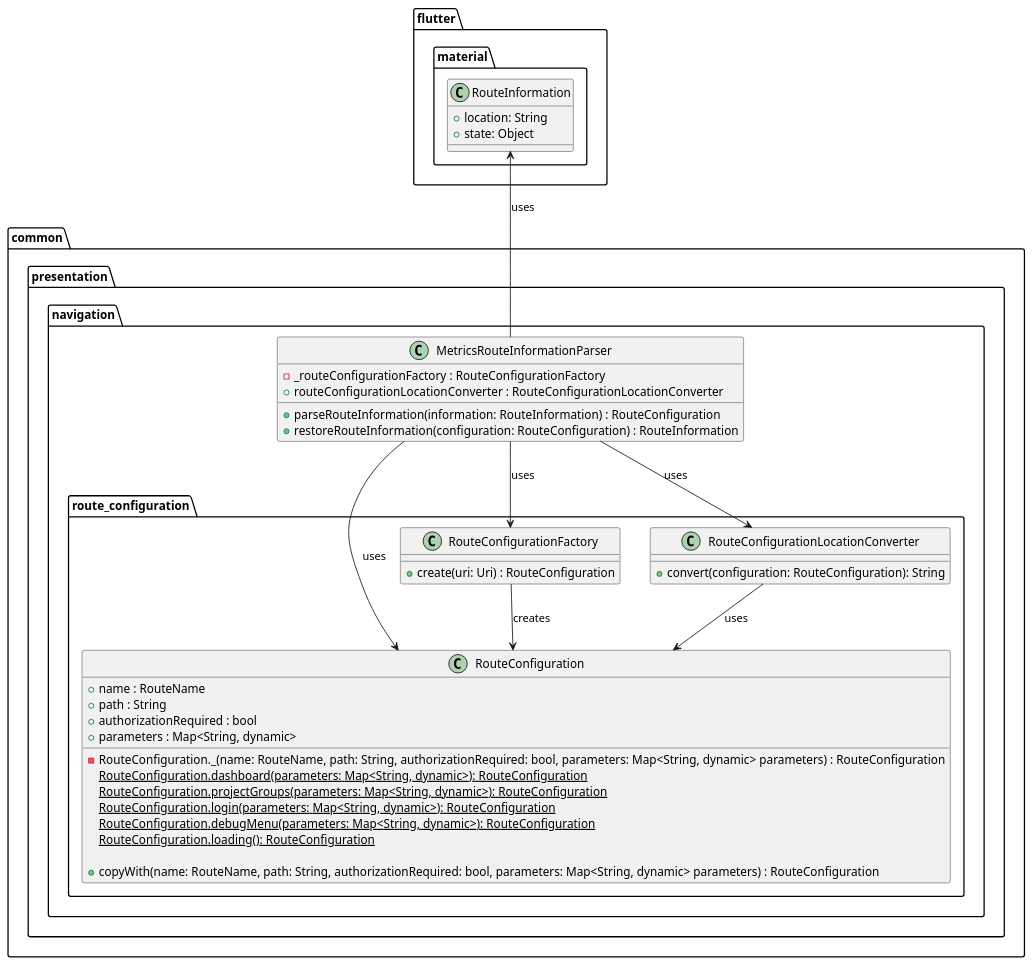
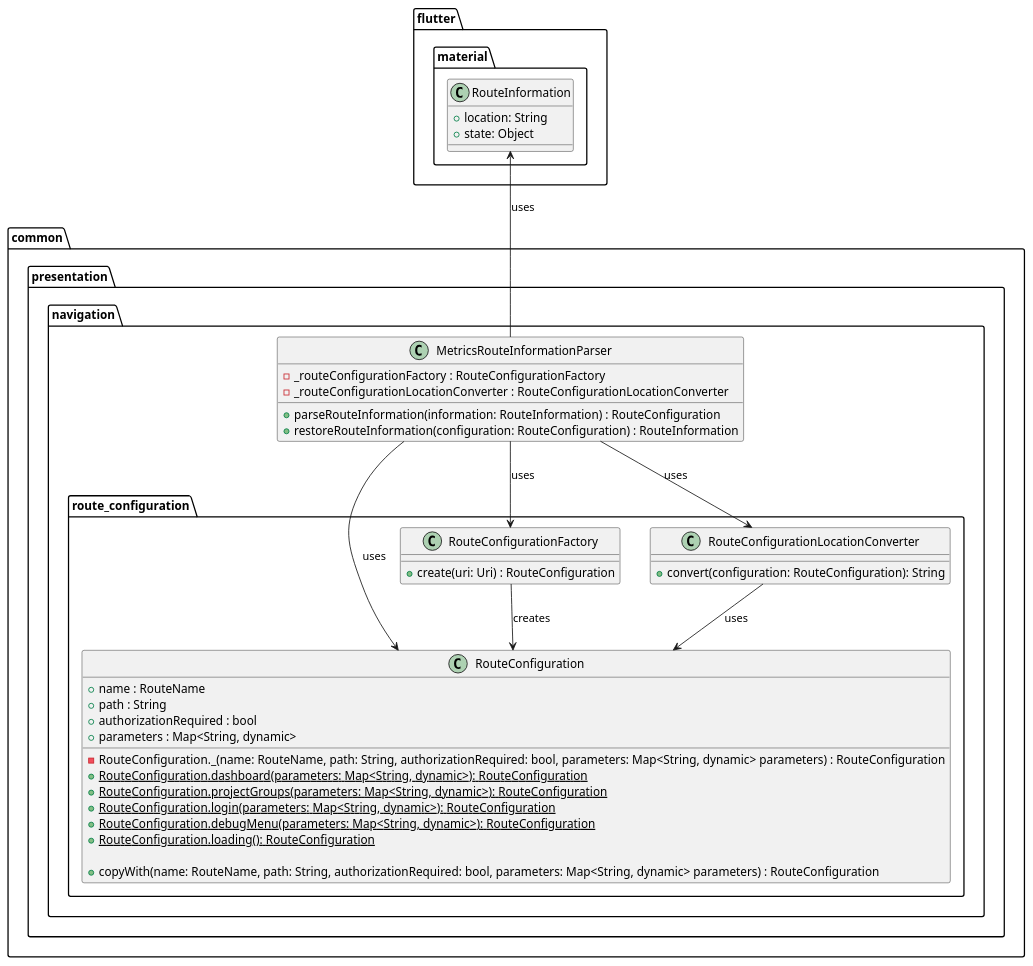
Before and after one commit to Flank/flank-dashboard: the diagram in metrics/web/docs/features/deep_links/diagrams/parsing_deep_links_class_diagram.puml, drawn with PlantUML. The commit also changed 1 other file, not shown here.

```diff
--- a/metrics/web/docs/features/deep_links/diagrams/parsing_deep_links_class_diagram.puml
+++ b/metrics/web/docs/features/deep_links/diagrams/parsing_deep_links_class_diagram.puml
@@ -1,55 +1,55 @@
 @startuml parsing_deep_links_class_diagram
 
 package common.presentation.navigation {
     class MetricsRouteInformationParser {
         - _routeConfigurationFactory : RouteConfigurationFactory
-        + routeConfigurationLocationConverter : RouteConfigurationLocationConverter
+        - _routeConfigurationLocationConverter : RouteConfigurationLocationConverter
 
         + parseRouteInformation(information: RouteInformation) : RouteConfiguration
         + restoreRouteInformation(configuration: RouteConfiguration) : RouteInformation
     }
 
     package route_configuration {
         class RouteConfiguration {
             + name : RouteName
             + path : String
             + authorizationRequired : bool
             + parameters : Map<String, dynamic>
 
             - RouteConfiguration._(name: RouteName, path: String, authorizationRequired: bool, parameters: Map<String, dynamic> parameters) : RouteConfiguration
-            {static} RouteConfiguration.dashboard(parameters: Map<String, dynamic>): RouteConfiguration
-            {static} RouteConfiguration.projectGroups(parameters: Map<String, dynamic>): RouteConfiguration
-            {static} RouteConfiguration.login(parameters: Map<String, dynamic>): RouteConfiguration
-            {static} RouteConfiguration.debugMenu(parameters: Map<String, dynamic>): RouteConfiguration
-            {static} RouteConfiguration.loading(): RouteConfiguration
+            + {static} RouteConfiguration.dashboard(parameters: Map<String, dynamic>): RouteConfiguration
+            + {static} RouteConfiguration.projectGroups(parameters: Map<String, dynamic>): RouteConfiguration
+            + {static} RouteConfiguration.login(parameters: Map<String, dynamic>): RouteConfiguration
+            + {static} RouteConfiguration.debugMenu(parameters: Map<String, dynamic>): RouteConfiguration
+            + {static} RouteConfiguration.loading(): RouteConfiguration
 
             + copyWith(name: RouteName, path: String, authorizationRequired: bool, parameters: Map<String, dynamic> parameters) : RouteConfiguration
         }
 
         class RouteConfigurationFactory {
             + create(uri: Uri) : RouteConfiguration
         }
 
         class RouteConfigurationLocationConverter {
             + convert(configuration: RouteConfiguration): String
         }
     }
 }
 
 package flutter.material {
     class RouteInformation {
         + location: String
         + state: Object
     }
 }
 
 MetricsRouteInformationParser --> RouteConfiguration : uses
 MetricsRouteInformationParser -up-> RouteInformation : uses
 MetricsRouteInformationParser --> RouteConfigurationFactory : uses
 MetricsRouteInformationParser --> RouteConfigurationLocationConverter : uses
 
 RouteConfigurationFactory --> RouteConfiguration : creates
 
 RouteConfigurationLocationConverter --> RouteConfiguration : uses
 
 @enduml
```
